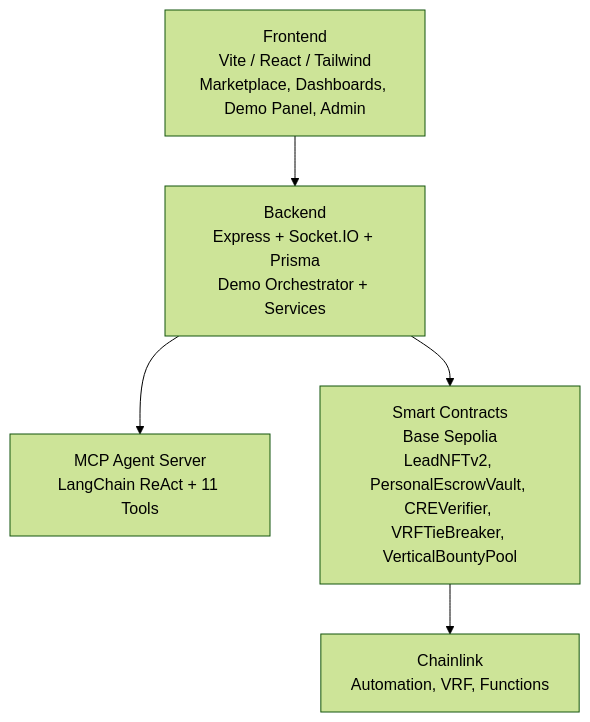
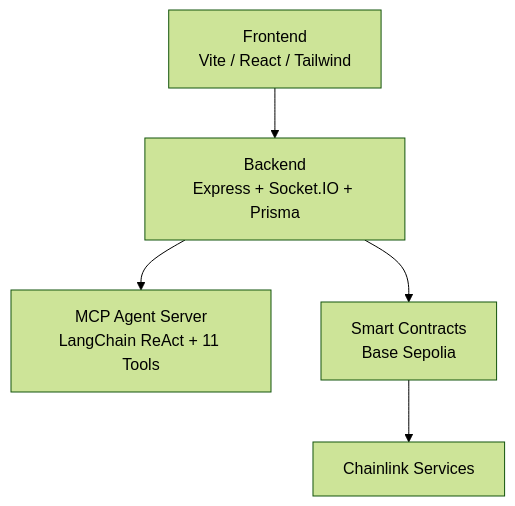
The second of 2 diagrams in README.md (bnmbnmai/lead-engine-cre), drawn with Mermaid (forest theme) before and after one commit. The commit also changed other lines of this file and 2 other files, not shown here.

````diff
--- a/README.md
+++ b/README.md
@@ -140,13 +92,13 @@
 ```mermaid
 graph TD
-    Frontend["Frontend<br>Vite / React / Tailwind<br>Marketplace, Dashboards, Demo Panel, Admin"]
-    Backend["Backend<br>Express + Socket.IO + Prisma<br>Demo Orchestrator + Services"]
+    Frontend["Frontend<br>Vite / React / Tailwind"]
+    Backend["Backend<br>Express + Socket.IO + Prisma"]
     MCP["MCP Agent Server<br>LangChain ReAct + 11 Tools"]
-    Contracts["Smart Contracts<br>Base Sepolia<br>LeadNFTv2, PersonalEscrowVault, CREVerifier, VRFTieBreaker, VerticalBountyPool"]
-    Chainlink["Chainlink<br>Automation, VRF, Functions"]
+    Contracts["Smart Contracts<br>Base Sepolia"]
+    Chainlink["Chainlink Services"]
 
     Frontend --> Backend
     Backend --> MCP
     Backend --> Contracts
     Contracts --> Chainlink
 ```
````
